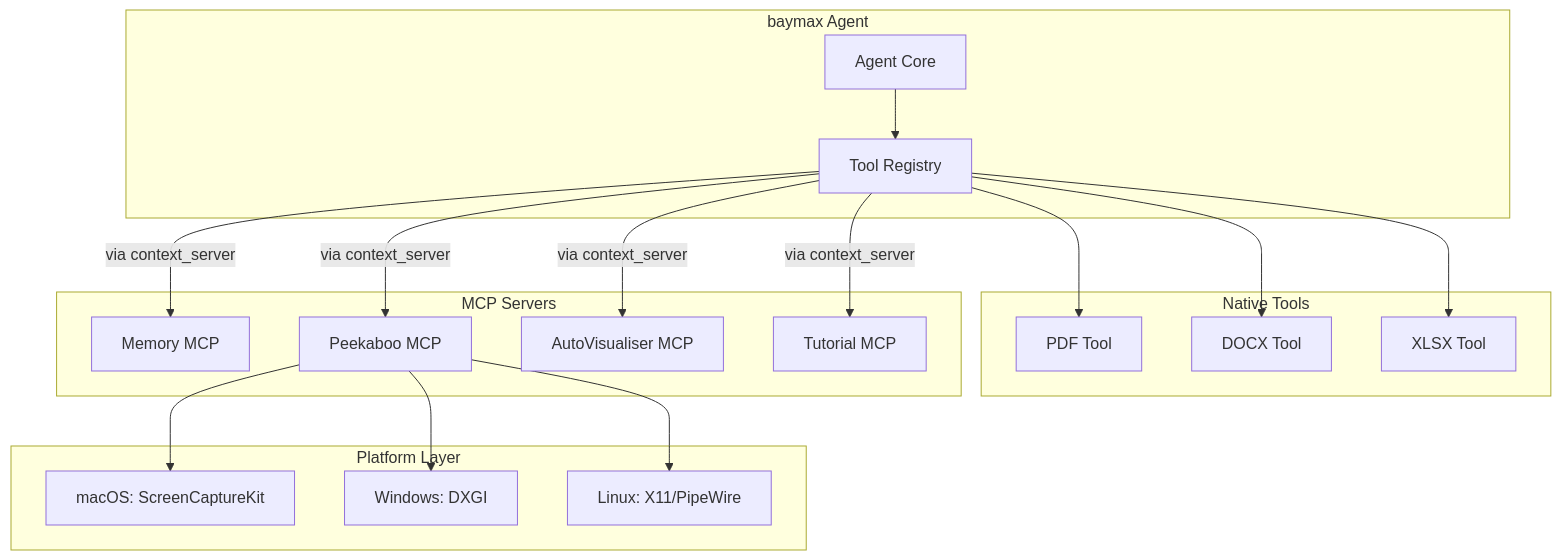
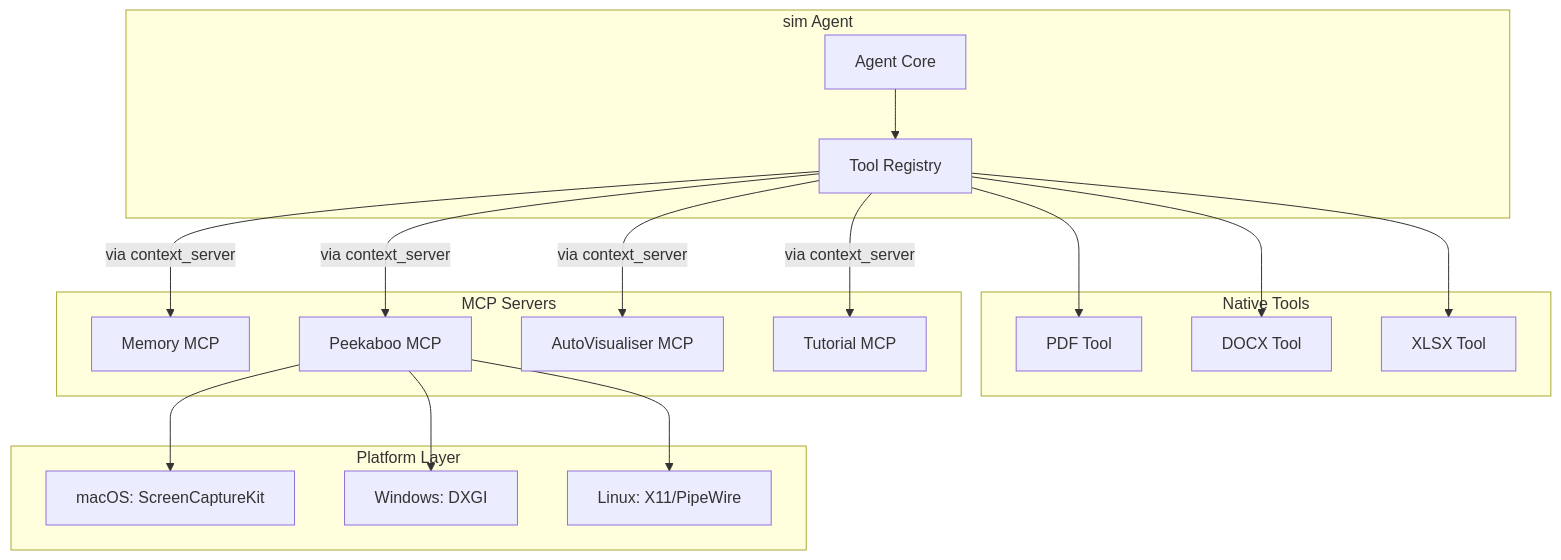
One commit to imagineerings/xor changed the diagram in .agents/specs/goose-migration/mcp-tools/design.md. Above: the diagram before and after it, drawn with Mermaid. The commit also changed other lines of this file and 1952 other files, not shown here.

Commit message:
chore: rename from baymax to sim (#61)

````diff
--- a/.agents/specs/goose-migration/mcp-tools/design.md
+++ b/.agents/specs/goose-migration/mcp-tools/design.md
@@ -17,38 +17,38 @@
 ```mermaid
 graph TD
-    subgraph "baymax Agent"
+    subgraph "sim Agent"
         Agent[Agent Core]
         Tools[Tool Registry]
     end
 
     subgraph "Native Tools"
         PDF[PDF Tool]
         DOCX[DOCX Tool]
         XLSX[XLSX Tool]
     end
 
     subgraph "MCP Servers"
         Mem[Memory MCP]
         Peek[Peekaboo MCP]
         Vis[AutoVisualiser MCP]
         Tutor[Tutorial MCP]
     end
 
     subgraph "Platform Layer"
         macOS[macOS: ScreenCaptureKit]
         Win[Windows: DXGI]
         Linux[Linux: X11/PipeWire]
     end
 
     Agent --> Tools
     Tools --> PDF
     Tools --> DOCX
     Tools --> XLSX
     Tools -->|via context_server| Mem
     Tools -->|via context_server| Peek
     Tools -->|via context_server| Vis
     Tools -->|via context_server| Tutor
     Peek --> macOS
     Peek --> Win
     Peek --> Linux
 ```
````
